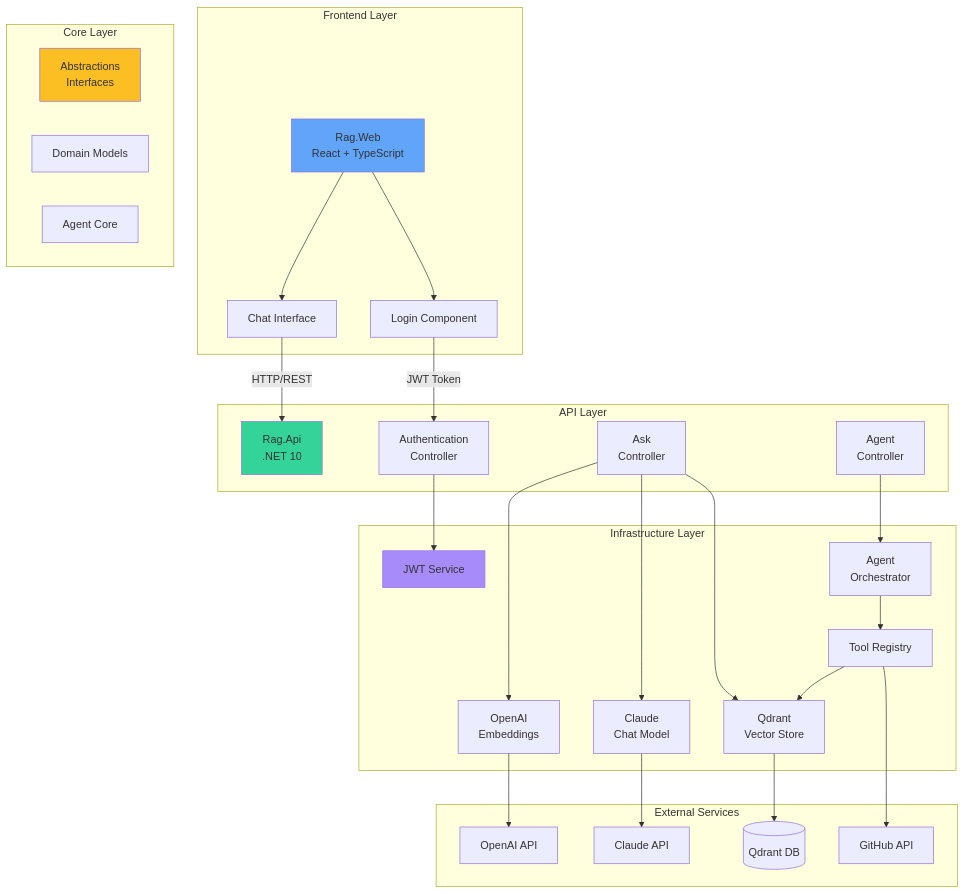
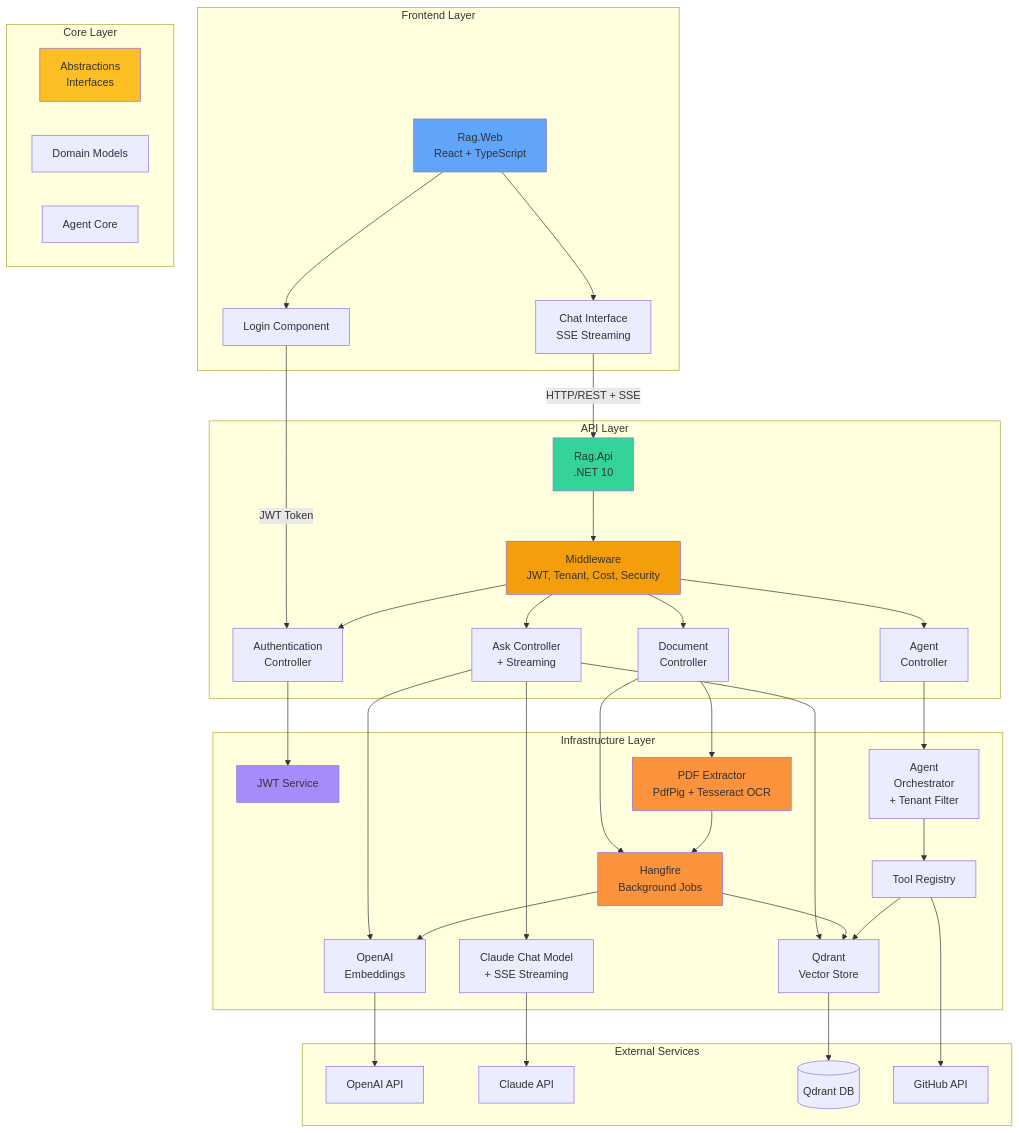
The first of 6 diagrams in README.md (objectgyan/rag-poc-dotnet-qdrant), drawn with Mermaid before and after one commit. The commit also changed other lines of this file, not shown here.

````diff
--- a/README.md
+++ b/README.md
@@ -80,60 +95,79 @@
 ```mermaid
 graph TB
     subgraph "Frontend Layer"
         UI[Rag.Web<br/>React + TypeScript]
         Login[Login Component]
-        Chat[Chat Interface]
+        Chat[Chat Interface<br/>SSE Streaming]
     end
 
     subgraph "API Layer"
         API[Rag.Api<br/>.NET 10]
+        Middleware[Middleware<br/>JWT, Tenant, Cost, Security]
         Auth[Authentication<br/>Controller]
-        Ask[Ask<br/>Controller]
+        Ask[Ask Controller<br/>+ Streaming]
         Agent[Agent<br/>Controller]
+        Doc[Document<br/>Controller]
     end
 
     subgraph "Core Layer"
         Abstractions[Abstractions<br/>Interfaces]
         Models[Domain Models]
         AgentCore[Agent Core]
     end
 
     subgraph "Infrastructure Layer"
         JWT[JWT Service]
         OpenAI[OpenAI<br/>Embeddings]
-        Claude[Claude<br/>Chat Model]
+        Claude[Claude Chat Model<br/>+ SSE Streaming]
         Qdrant[Qdrant<br/>Vector Store]
-        AgentOrch[Agent<br/>Orchestrator]
+        AgentOrch[Agent<br/>Orchestrator<br/>+ Tenant Filter]
         Tools[Tool Registry]
+        PDF[PDF Extractor<br/>PdfPig + Tesseract OCR]
+        Hangfire[Hangfire<br/>Background Jobs]
     end
 
     subgraph "External Services"
         OpenAIAPI[OpenAI API]
         ClaudeAPI[Claude API]
         QdrantDB[(Qdrant DB)]
         GitHub[GitHub API]
     end
 
     UI --> Login
     UI --> Chat
     Login -->|JWT Token| Auth
-    Chat -->|HTTP/REST| API
+    Chat -->|HTTP/REST + SSE| API
+    
+    API --> Middleware
+    Middleware --> Auth
+    Middleware --> Ask
+    Middleware --> Agent
+    Middleware --> Doc
     
     Auth --> JWT
     Ask --> OpenAI
     Ask --> Claude
     Ask --> Qdrant
     Agent --> AgentOrch
+    Doc --> PDF
+    Doc --> Hangfire
+    
+    PDF --> Hangfire
+    Hangfire --> OpenAI
+    Hangfire --> Qdrant
     
     OpenAI --> OpenAIAPI
     Claude --> ClaudeAPI
     Qdrant --> QdrantDB
     AgentOrch --> Tools
     Tools --> GitHub
     Tools --> Qdrant
     
     style UI fill:#60a5fa
     style API fill:#34d399
     style Abstractions fill:#fbbf24
     style JWT fill:#a78bfa
+    style PDF fill:#fb923c
+    style Hangfire fill:#fb923c
+    style Middleware fill:#f59e0b
 ```
````
